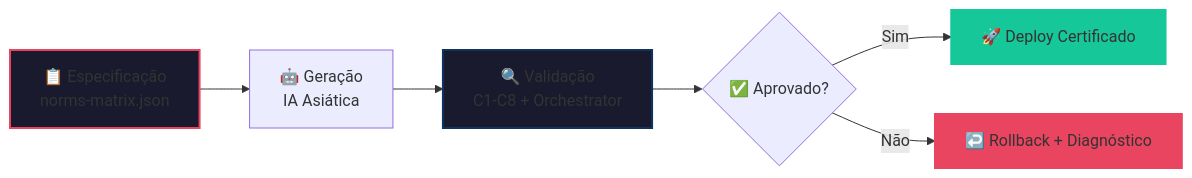
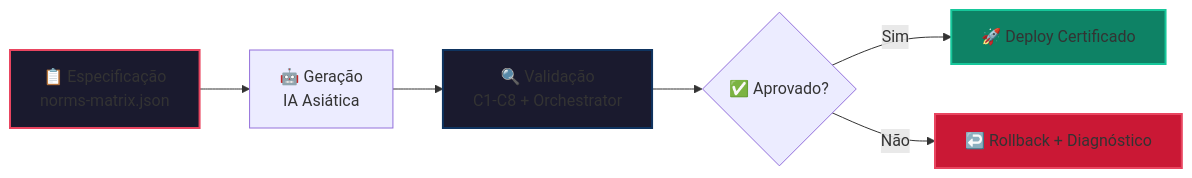
Before and after one commit to Mantis-AgenticDev/Mantis-AgenticDev: the first of 12 diagrams in README.md, drawn with Mermaid. The commit also changed other lines of this file, not shown here.

````diff
--- a/README.md
+++ b/README.md
@@ -17,13 +17,13 @@
 ```mermaid
 graph LR
     A[📋 Especificação<br/>norms-matrix.json] --> B[🤖 Geração<br/>IA Asiática]
     B --> C[🔍 Validação<br/>C1-C8 + Orchestrator]
     C --> D{✅ Aprovado?}
     D -->|Sim| E[🚀 Deploy Certificado]
     D -->|Não| F[↩️ Rollback + Diagnóstico]
     
     style A fill:#1a1a2e,stroke:#e94560,stroke-width:2px
     style C fill:#1a1a2e,stroke:#0f3460,stroke-width:2px
-    style E fill:#16c79a,stroke:#16c79a,stroke-width:2px
-    style F fill:#e94560,stroke:#e94560,stroke-width:2px
+    style E fill:#0e8265,stroke:#16c79a,stroke-width:2px
+    style F fill:#ca1835,stroke:#e94560,stroke-width:2px
 ```
````
